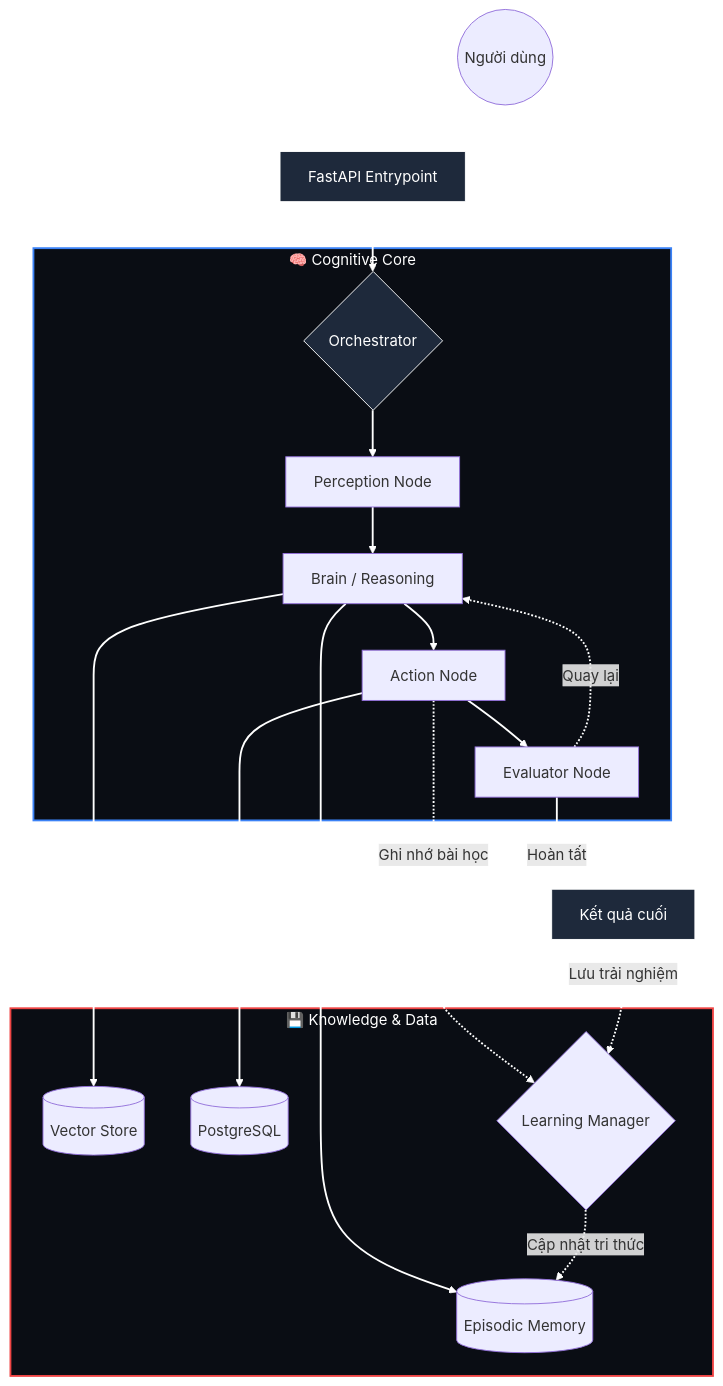
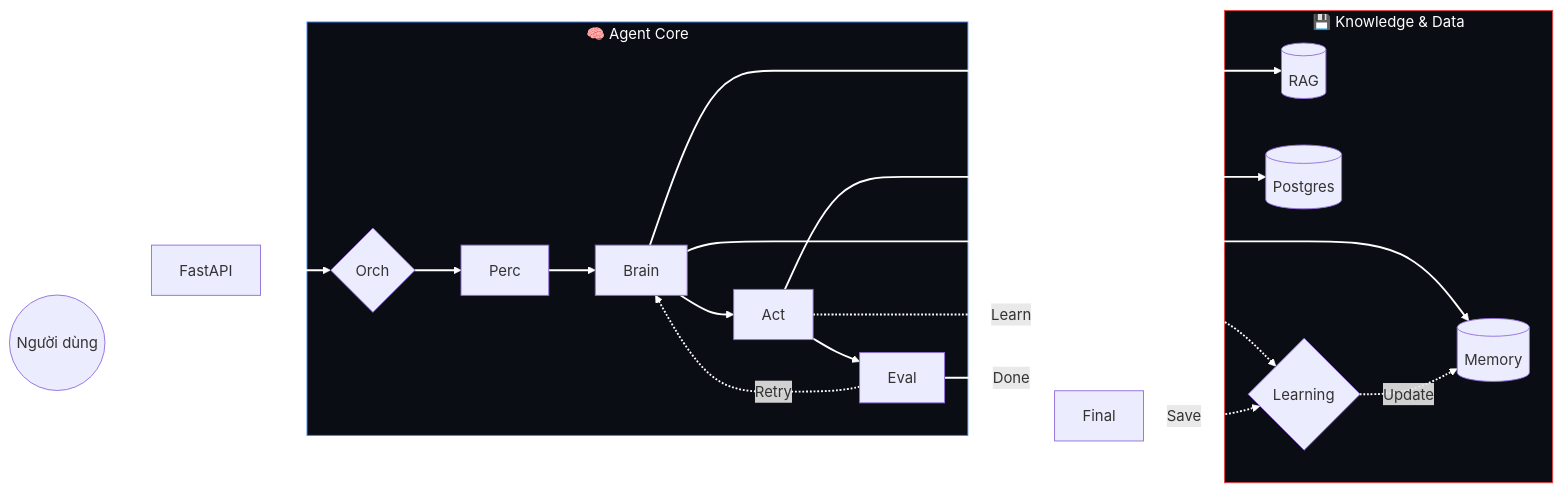
One commit to phunhph/agentic_ai changed the diagram in README.md. Above: the diagram before and after it, drawn with Mermaid. The commit also changed other lines of this file, not shown here.

Commit message:
update flow md

````diff
--- a/README.md
+++ b/README.md
@@ -15,37 +15,34 @@
 ```mermaid
-graph TD
-    User((Người dùng)) --> API[FastAPI Entrypoint]
-    API --> Orch{Orchestrator}
+graph LR
+    User((Người dùng)) --> API[FastAPI]
+    API --> Orch{Orch}
 
-    subgraph agent [🧠 Cognitive Core]
-        Orch --> Perc[Perception Node]
-        Perc --> Brain[Brain / Reasoning]
-        Brain --> Act[Action Node]
-        Act --> Eval[Evaluator Node]
-        Eval -.->|Quay lại| Brain
+    subgraph agent [🧠 Agent Core]
+        Orch --> Perc[Perc]
+        Perc --> Brain[Brain]
+        Brain --> Act[Act]
+        Act --> Eval[Eval]
+        Eval -.->|Retry| Brain
     end
 
     subgraph storage [💾 Knowledge & Data]
-        RAG[(Vector Store)]
-        Mem[(Episodic Memory)]
-        DB[(PostgreSQL)]
-        Learn{Learning Manager}
+        RAG[(RAG)]
+        Mem[(Memory)]
+        DB[(Postgres)]
+        Lrn{Learning}
     end
 
     Brain ==> RAG
     Brain ==> Mem
     Act ==> DB
-    Act -.->|Ghi nhớ bài học| Learn
-    Eval ==>|Hoàn tất| Final[Kết quả cuối]
-    Final -.->|Lưu trải nghiệm| Learn
-    Learn -.->|Cập nhật tri thức| Mem
+    Act -.->|Learn| Lrn
+    Eval ==>|Done| Final[Final]
+    Final -.->|Save| Lrn
+    Lrn -.->|Update| Mem
     Final --> User
 
-    %% Styling for Dark Mode visibility
+    %% Dark Mode Style
     linkStyle default stroke:#fff,stroke-width:2px
-    style agent fill:#0a0d14,stroke:#3b82f6,stroke-width:2px,color:#fff
-    style storage fill:#0a0d14,stroke:#ef4444,stroke-width:2px,color:#fff
-    style API fill:#1e293b,stroke:#fff,stroke-width:1px,color:#fff
-    style Orch fill:#1e293b,stroke:#fff,stroke-width:1px,color:#fff
-    style Final fill:#1e293b,stroke:#fff,stroke-width:1px,color:#fff
+    style agent fill:#0a0d14,stroke:#3b82f6,color:#fff
+    style storage fill:#0a0d14,stroke:#ef4444,color:#fff
 ```
````
